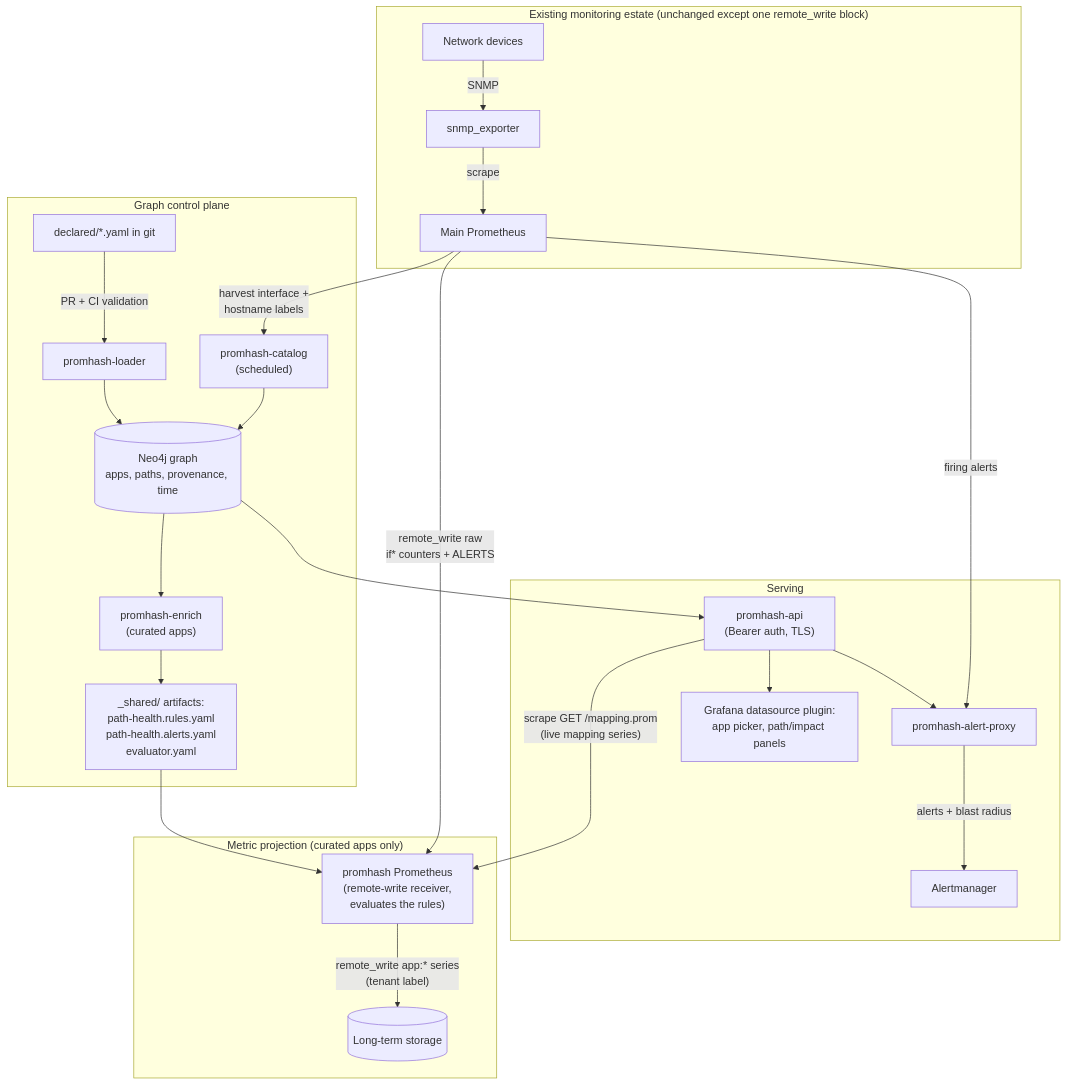
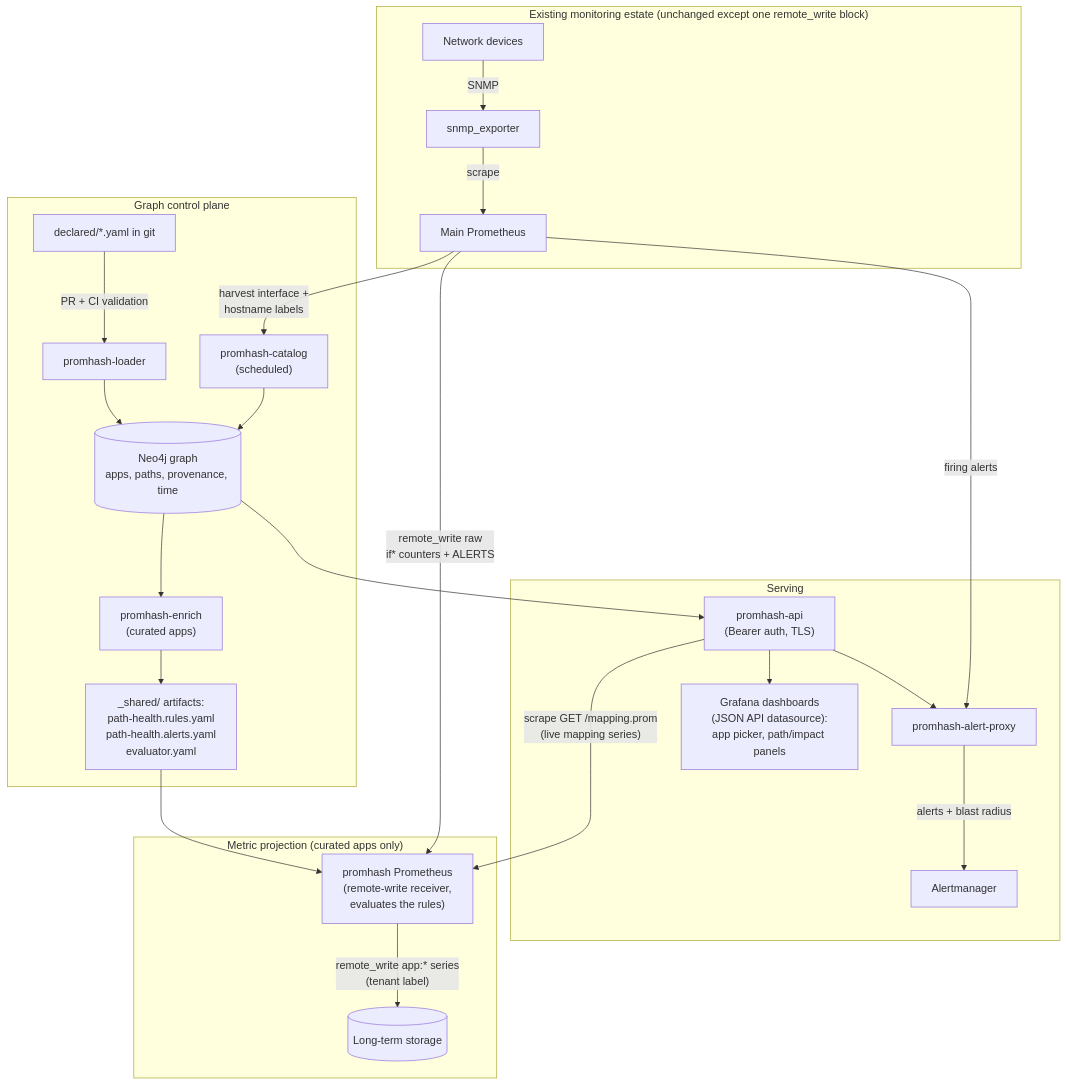
Before and after one commit to AlectoTheFirst/promhash: the diagram in README.md, drawn with Mermaid. The commit also changed other lines of this file and 25 other files, not shown here.

Commit message:
refactor: remove grafana datasource plugin; document Infinity-based dashboards

````diff
--- a/README.md
+++ b/README.md
@@ -50,39 +50,39 @@
 ```mermaid
 flowchart TB
     subgraph estate["Existing monitoring estate (unchanged except one remote_write block)"]
         devices["Network devices"] -- SNMP --> exporter["snmp_exporter"]
         exporter -- scrape --> mainprom["Main Prometheus"]
     end
 
     subgraph graphplane["Graph control plane"]
         yaml["declared/*.yaml in git"] -- "PR + CI validation" --> loader["promhash-loader"]
         catalog["promhash-catalog<br/>(scheduled)"] --> neo[("Neo4j graph<br/>apps, paths, provenance, time")]
         loader --> neo
         neo --> enrich["promhash-enrich<br/>(curated apps)"]
         enrich --> artifacts["_shared/ artifacts:<br/>path-health.rules.yaml<br/>path-health.alerts.yaml<br/>evaluator.yaml"]
     end
 
     mainprom -- "harvest interface +<br/>hostname labels" --> catalog
 
     subgraph projection["Metric projection (curated apps only)"]
         pprom["promhash Prometheus<br/>(remote-write receiver,<br/>evaluates the rules)"]
         pprom -- "remote_write app:* series<br/>(tenant label)" --> lts[("Long-term storage")]
     end
 
     artifacts --> pprom
     mainprom -- "remote_write raw<br/>if* counters + ALERTS" --> pprom
 
     subgraph serving["Serving"]
         api["promhash-api<br/>(Bearer auth, TLS)"]
-        plugin["Grafana datasource plugin:<br/>app picker, path/impact panels"]
+        grafana["Grafana dashboards<br/>(JSON API datasource):<br/>app picker, path/impact panels"]
         proxy["promhash-alert-proxy"]
         am["Alertmanager"]
     end
 
     neo --> api
     api -- "scrape GET /mapping.prom<br/>(live mapping series)" --> pprom
-    api --> plugin
+    api --> grafana
     api --> proxy
     mainprom -- "firing alerts" --> proxy
     proxy -- "alerts + blast radius" --> am
 ```
````
